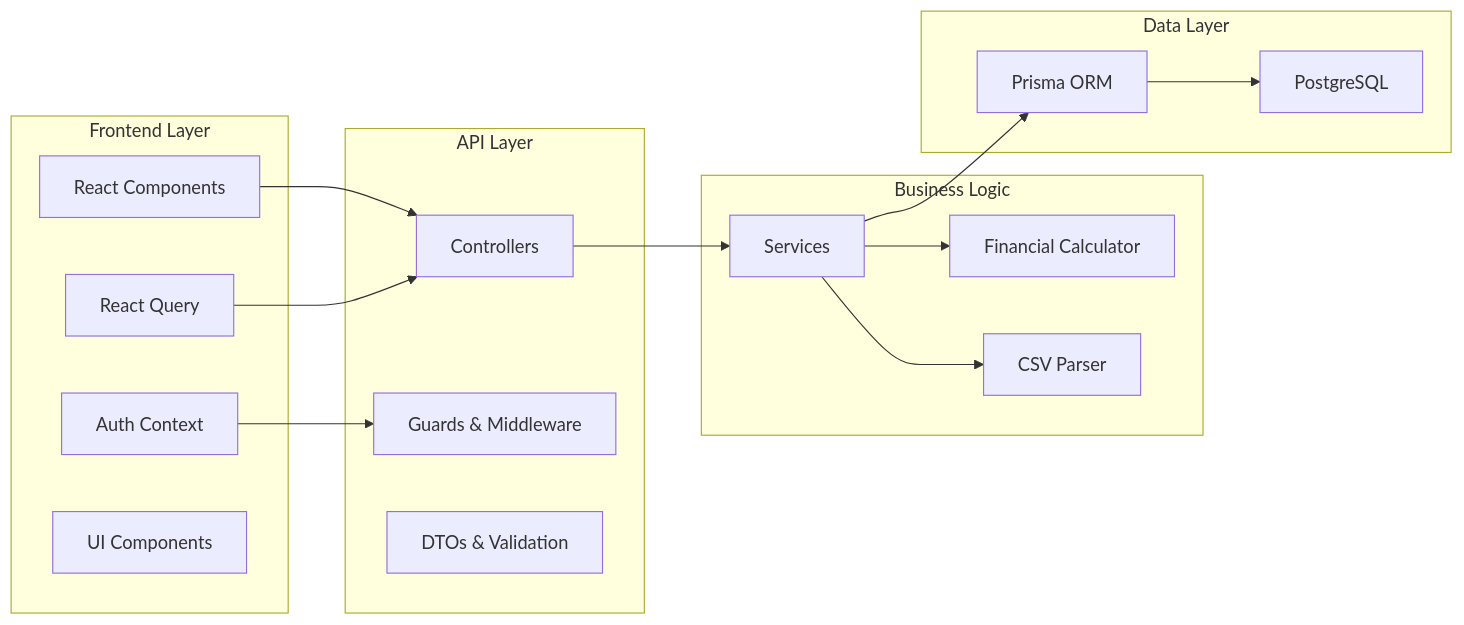
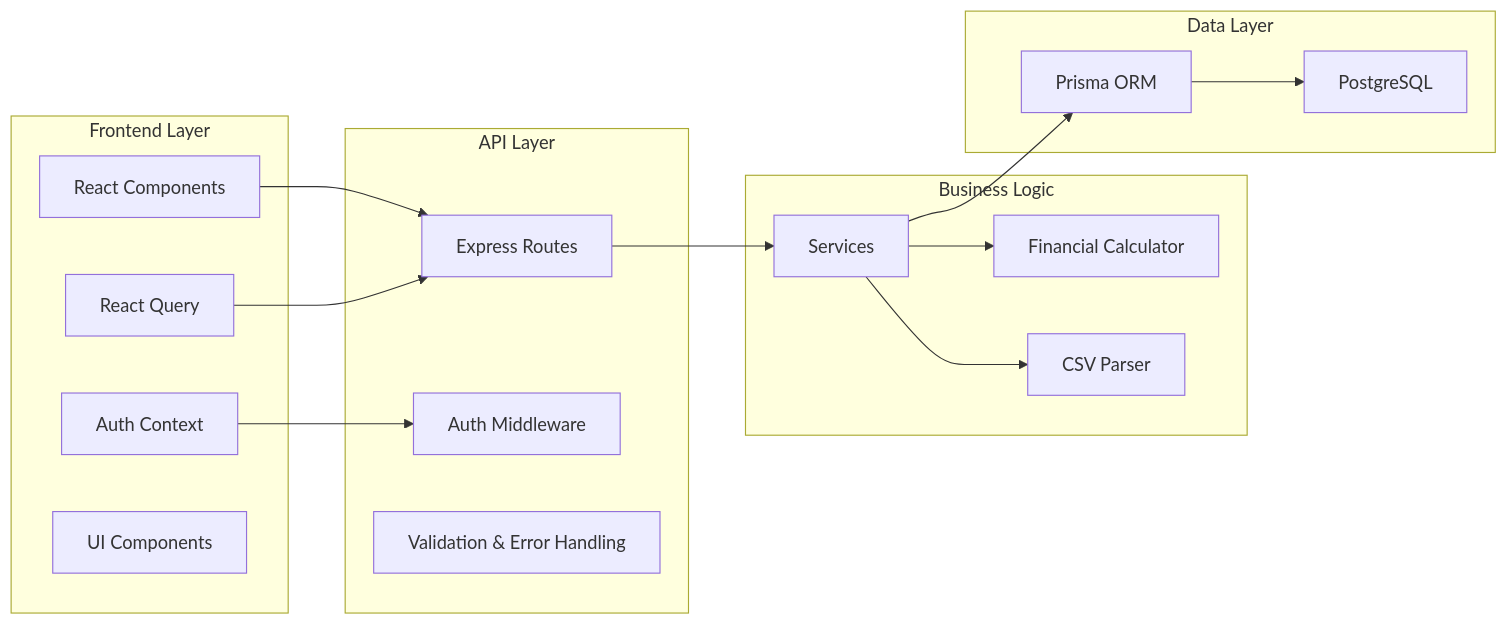
The third of 3 diagrams in README.md (omkar-79/invoice_discount_optimzer), drawn with Mermaid before and after one commit. The commit also changed other lines of this file and 3 other files, not shown here.

````diff
--- a/README.md
+++ b/README.md
@@ -88,35 +158,35 @@
 ```mermaid
 graph LR
     subgraph "Frontend Layer"
         A[React Components]
         B[React Query]
         C[Auth Context]
         D[UI Components]
     end
     
     subgraph "API Layer"
-        E[Controllers]
-        F[Guards & Middleware]
-        G[DTOs & Validation]
+        E[Express Routes]
+        F[Auth Middleware]
+        G[Validation & Error Handling]
     end
     
     subgraph "Business Logic"
         H[Services]
         I[Financial Calculator]
         J[CSV Parser]
     end
     
     subgraph "Data Layer"
         K[Prisma ORM]
         L[PostgreSQL]
     end
     
     A --> E
     B --> E
     C --> F
     E --> H
     H --> I
     H --> J
     H --> K
     K --> L
 ```
````
